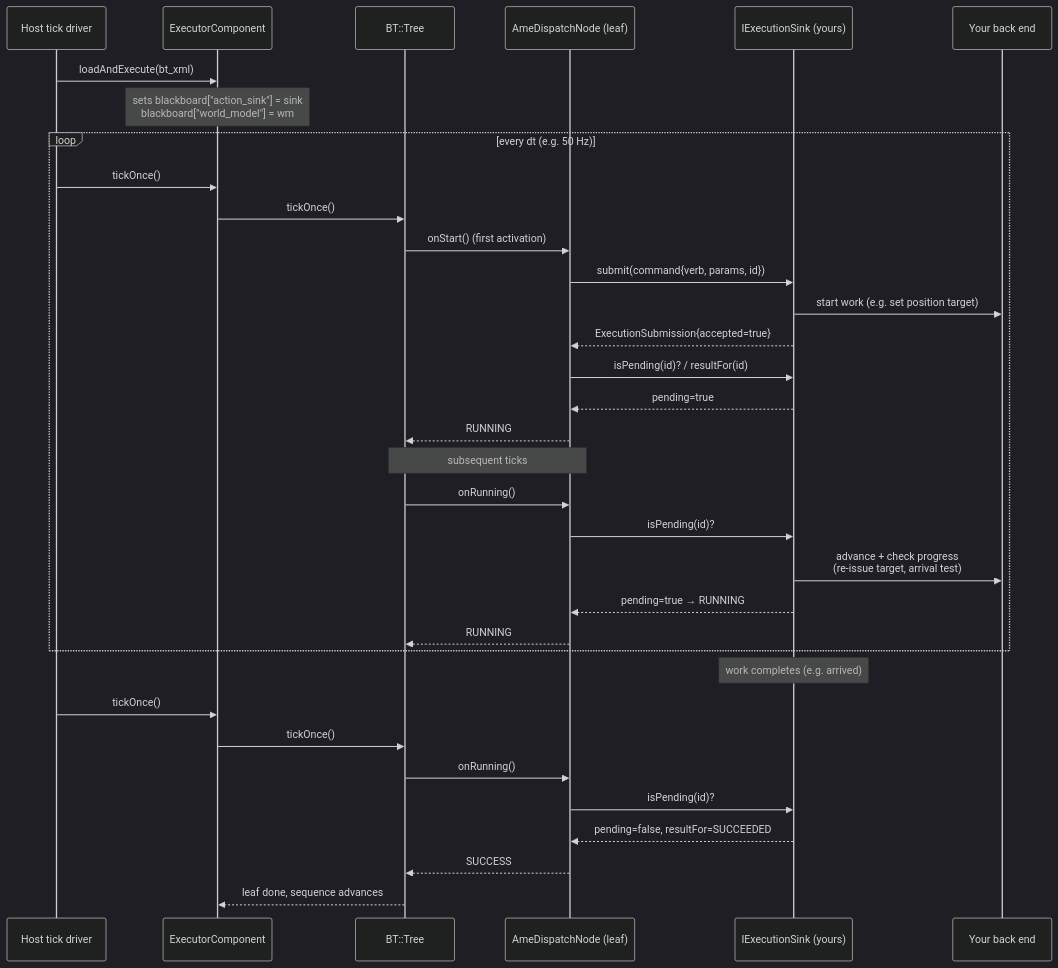
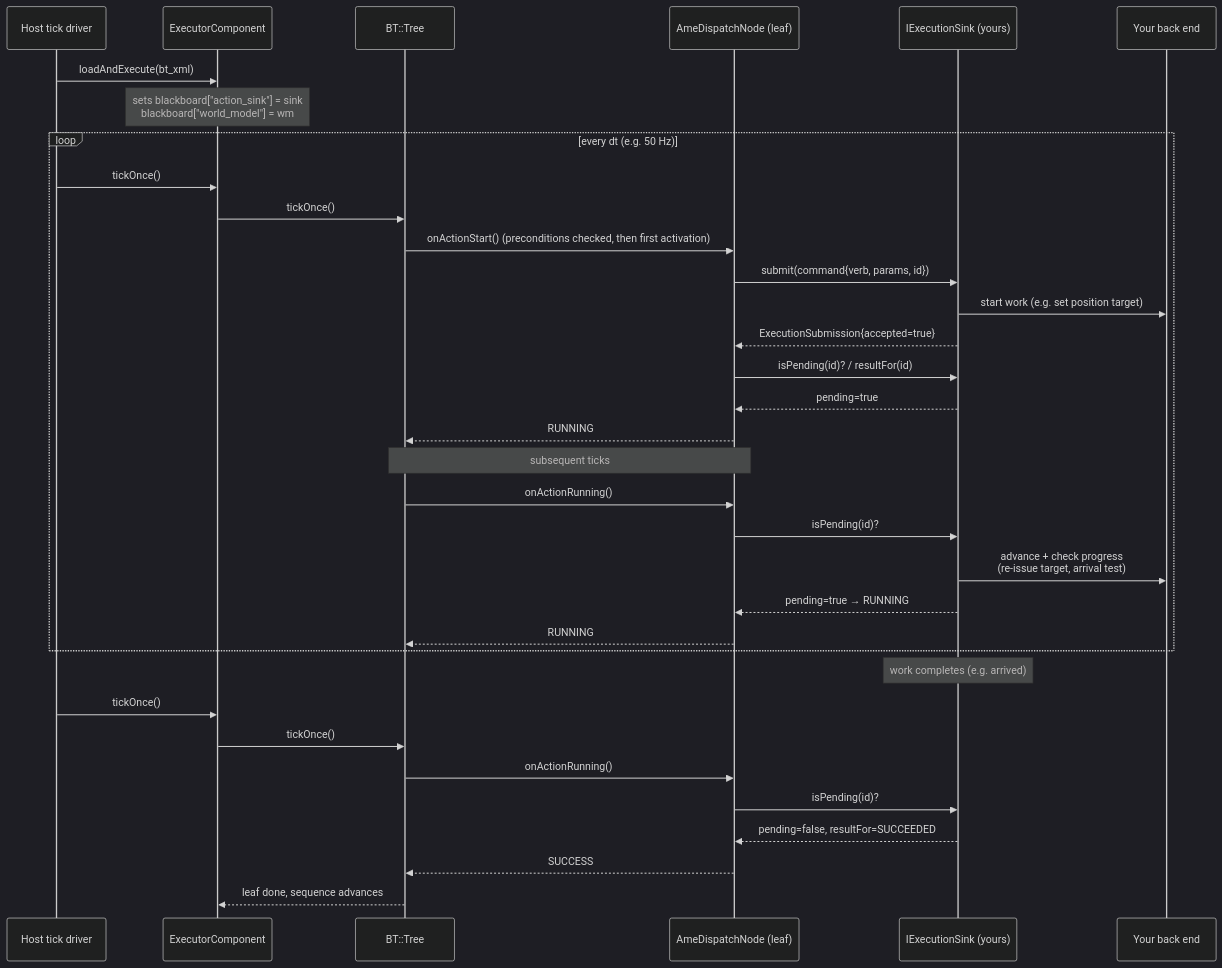
Before and after one commit to Ackoogin/mujin: the third of 7 diagrams in subprojects/AME/doc/guides/long_running_action_integration.md, drawn with Mermaid (dark theme). The commit also changed other lines of this file and 3 other files, not shown here.

````diff
--- a/subprojects/AME/doc/guides/long_running_action_integration.md
+++ b/subprojects/AME/doc/guides/long_running_action_integration.md
@@ -280,40 +303,40 @@
 ```mermaid
 sequenceDiagram
     participant Host as Host tick driver
     participant Exec as ExecutorComponent
     participant Tree as BT::Tree
     participant Node as AmeDispatchNode (leaf)
     participant Sink as IExecutionSink (yours)
     participant Back as Your back end
 
     Host->>Exec: loadAndExecute(bt_xml)
     Note over Exec: sets blackboard["action_sink"] = sink<br/>blackboard["world_model"] = wm
 
     loop every dt (e.g. 50 Hz)
         Host->>Exec: tickOnce()
         Exec->>Tree: tickOnce()
-        Tree->>Node: onStart() (first activation)
+        Tree->>Node: onActionStart() (preconditions checked, then first activation)
         Node->>Sink: submit(command{verb, params, id})
         Sink->>Back: start work (e.g. set position target)
         Sink-->>Node: ExecutionSubmission{accepted=true}
         Node->>Sink: isPending(id)?  / resultFor(id)
         Sink-->>Node: pending=true
         Node-->>Tree: RUNNING
 
         Note over Tree,Node: subsequent ticks
-        Tree->>Node: onRunning()
+        Tree->>Node: onActionRunning()
         Node->>Sink: isPending(id)?
         Sink->>Back: advance + check progress<br/>(re-issue target, arrival test)
         Sink-->>Node: pending=true → RUNNING
         Node-->>Tree: RUNNING
     end
 
     Note over Sink: work completes (e.g. arrived)
     Host->>Exec: tickOnce()
     Exec->>Tree: tickOnce()
-    Tree->>Node: onRunning()
+    Tree->>Node: onActionRunning()
     Node->>Sink: isPending(id)?
     Sink-->>Node: pending=false, resultFor=SUCCEEDED
     Node-->>Tree: SUCCESS
     Tree-->>Exec: leaf done, sequence advances
 ```
````
